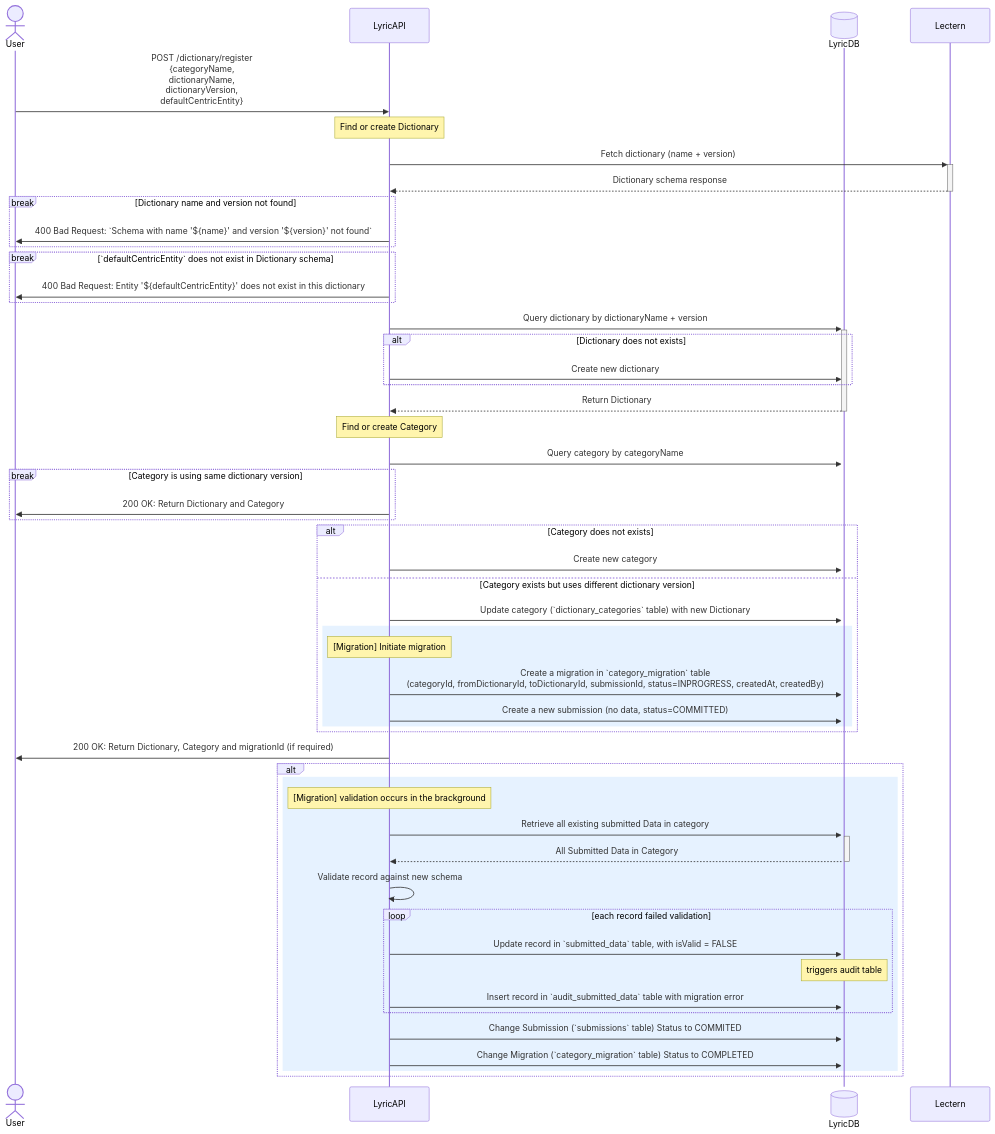
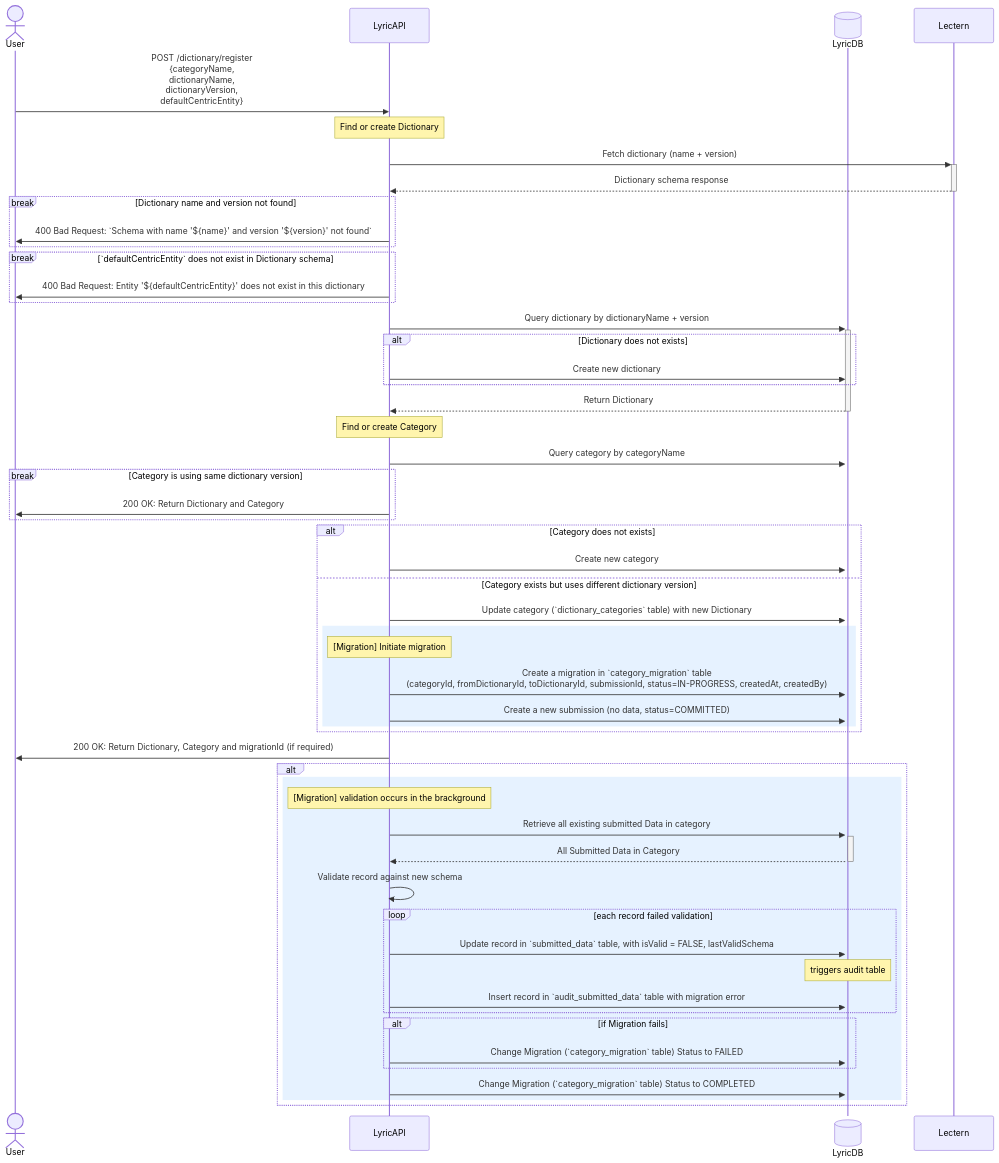
One commit to overture-stack/lyric changed the diagram in packages/data-provider/docs/dictionary-registration.md. Above: the diagram before and after it, drawn with Mermaid. The commit also changed 9 other files, not shown here.

````diff
--- a/packages/data-provider/docs/dictionary-registration.md
+++ b/packages/data-provider/docs/dictionary-registration.md
@@ -36,60 +36,64 @@
 ```mermaid
 sequenceDiagram
     actor User
     participant LyricAPI
     participant LyricDB@{ "type" : "database" }
     participant Lectern
 
     User->>LyricAPI: POST /dictionary/register <br />{categoryName, <br />dictionaryName, <br />dictionaryVersion, <br />defaultCentricEntity}
     Note over LyricAPI: Find or create Dictionary
     LyricAPI->>+Lectern: Fetch dictionary (name + version)
     Lectern-->>-LyricAPI: Dictionary schema response
     break Dictionary name and version not found
         LyricAPI->>User: 400 Bad Request: `Schema with name '${name}' and version '${version}' not found`
     end
     break `defaultCentricEntity` does not exist in Dictionary schema
         LyricAPI->>User: 400 Bad Request: Entity '${defaultCentricEntity}' does not exist in this dictionary
     end
     LyricAPI->>+LyricDB: Query dictionary by dictionaryName + version
     alt Dictionary does not exists
         LyricAPI->>LyricDB: Create new dictionary
     end
     LyricDB-->>-LyricAPI: Return Dictionary
 
     Note over LyricAPI: Find or create Category
     LyricAPI->>+LyricDB: Query category by categoryName
     break Category is using same dictionary version
         %% Nothing to do here
         LyricAPI->>User: 200 OK: Return Dictionary and Category
     end
 
     alt Category does not exists
         LyricAPI->>LyricDB: Create new category
     else Category exists but uses different dictionary version
         LyricAPI->>LyricDB: Update category (`dictionary_categories` table) with new Dictionary
 
         rect rgb(230, 242, 255)
             note over LyricAPI: [Migration] Initiate migration
-            LyricAPI->>LyricDB: Create a migration in `category_migration` table<br />(categoryId, fromDictionaryId, toDictionaryId, submissionId, status=INPROGRESS, createdAt, createdBy)
+            LyricAPI->>LyricDB: Create a migration in `category_migration` table<br />(categoryId, fromDictionaryId, toDictionaryId, submissionId, status=IN-PROGRESS, createdAt, createdBy)
             LyricAPI->>LyricDB: Create a new submission (no data, status=COMMITTED)
         end
     end
 
     LyricAPI->>User: 200 OK: Return Dictionary, Category and migrationId (if required)
     alt
         rect rgb(230, 242, 255)
             note over LyricAPI: [Migration] validation occurs in the brackground
             LyricAPI->>+LyricDB: Retrieve all existing submitted Data in category
             LyricDB-->>-LyricAPI: All Submitted Data in Category
             LyricAPI->>LyricAPI: Validate record against new schema
 
             loop each record failed validation
-                LyricAPI->>LyricDB: Update record in `submitted_data` table, with isValid = FALSE
+                LyricAPI->>LyricDB: Update record in `submitted_data` table, with isValid = FALSE, lastValidSchema
                 note over LyricDB: triggers audit table
                 LyricAPI->>LyricDB: Insert record in `audit_submitted_data` table with migration error
             end
-            LyricAPI->>LyricDB: Change Submission (`submissions` table) Status to COMMITED
+
+            alt if Migration fails
+                LyricAPI->>LyricDB: Change Migration (`category_migration` table) Status to FAILED
+            end
+
             LyricAPI->>LyricDB: Change Migration (`category_migration` table) Status to COMPLETED
         end
     end
 ```
````
